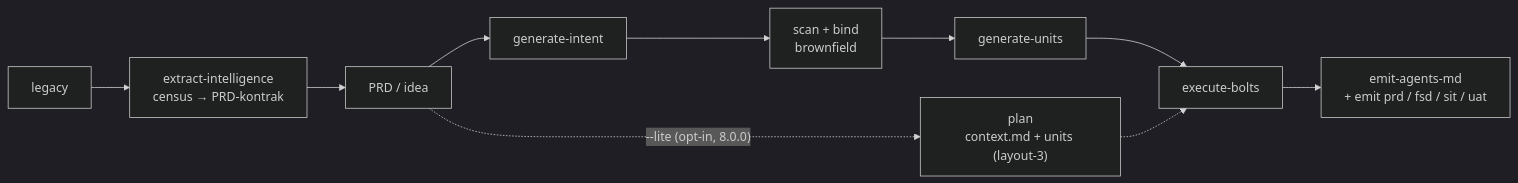
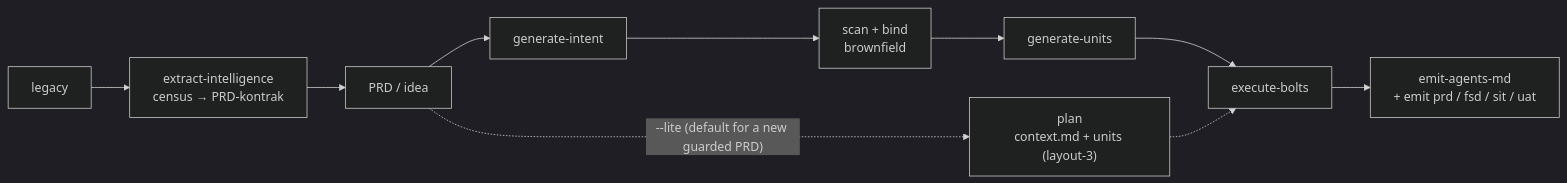
One commit to FarhanRiuzaki/Mega-SDD changed the first of 2 diagrams in plugins/mega-sdd/README.md. Above: the diagram before and after it, drawn with Mermaid (dark theme). The commit also changed 157 other files, not shown here.

````diff
--- a/plugins/mega-sdd/README.md
+++ b/plugins/mega-sdd/README.md
@@ -52,8 +52,8 @@
 ```mermaid
 flowchart LR
     LEG[legacy] --> EXT["extract-intelligence<br/>census → PRD-kontrak"]
     EXT --> PRD[PRD / idea] --> GI[generate-intent]
     GI --> SB[scan + bind<br/>brownfield] --> GU[generate-units] --> EB[execute-bolts]
-    PRD -.->|"--lite (opt-in, 8.0.0)"| PL["plan<br/>context.md + units (layout-3)"] -.-> EB
+    PRD -.->|"--lite (default for a new guarded PRD)"| PL["plan<br/>context.md + units (layout-3)"] -.-> EB
     EB --> EMIT[emit-agents-md<br/>+ emit prd / fsd / sit / uat]
 ```
````
